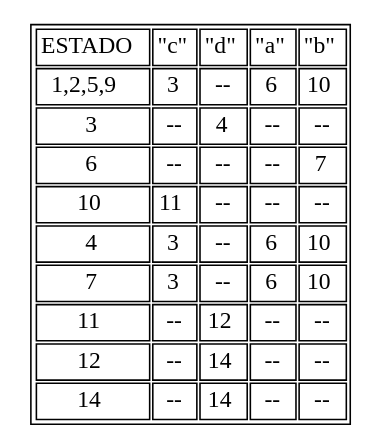
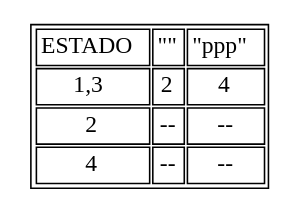
One commit to elimazariegosr/OLC1_Proyecto1_201709426 changed the diagram in OLC_Proyecto1_201709426/bin/Debug/tb_er2.dot. Above: the diagram before and after it, drawn with Graphviz. The commit also changed 99 other files, not shown here.

```diff
--- a/OLC_Proyecto1_201709426/bin/Debug/tb_er2.dot
+++ b/OLC_Proyecto1_201709426/bin/Debug/tb_er2.dot
@@ -1,58 +1,21 @@
 digraph Grafica{
 graph [ratio=fill];
 node [label="\N", fontsize=15, shape=plaintext];
 graph [bb="0,0,352,154"];arset [label=<
         <TABLE ALIGN="LEFT">
 <TR><TD>ESTADO</TD>
-<TD>"c"</TD>
-<TD>"d"</TD>
-<TD>"a"</TD>
-<TD>"b"</TD>
-</TR><TR><TD>1,2,5,9</TD>
-<TD>3</TD>
-<TD>--</TD>
-<TD>6</TD>
-<TD>10</TD>
-</TR><TR><TD>3</TD>
-<TD>--</TD>
+<TD>"
+"</TD>
+<TD>"ppp"</TD>
+</TR><TR><TD>1,3</TD>
+<TD>2</TD>
 <TD>4</TD>
-<TD>--</TD>
-<TD>--</TD>
-</TR><TR><TD>6</TD>
-<TD>--</TD>
-<TD>--</TD>
-<TD>--</TD>
-<TD>7</TD>
-</TR><TR><TD>10</TD>
-<TD>11</TD>
-<TD>--</TD>
+</TR><TR><TD>2</TD>
 <TD>--</TD>
 <TD>--</TD>
 </TR><TR><TD>4</TD>
-<TD>3</TD>
-<TD>--</TD>
-<TD>6</TD>
-<TD>10</TD>
-</TR><TR><TD>7</TD>
-<TD>3</TD>
-<TD>--</TD>
-<TD>6</TD>
-<TD>10</TD>
-</TR><TR><TD>11</TD>
-<TD>--</TD>
-<TD>12</TD>
-<TD>--</TD>
-<TD>--</TD>
-</TR><TR><TD>12</TD>
-<TD>--</TD>
-<TD>14</TD>
-<TD>--</TD>
-<TD>--</TD>
-</TR><TR><TD>14</TD>
-<TD>--</TD>
-<TD>14</TD>
 <TD>--</TD>
 <TD>--</TD>
 </TR></TABLE>
 >,];
 }
```
